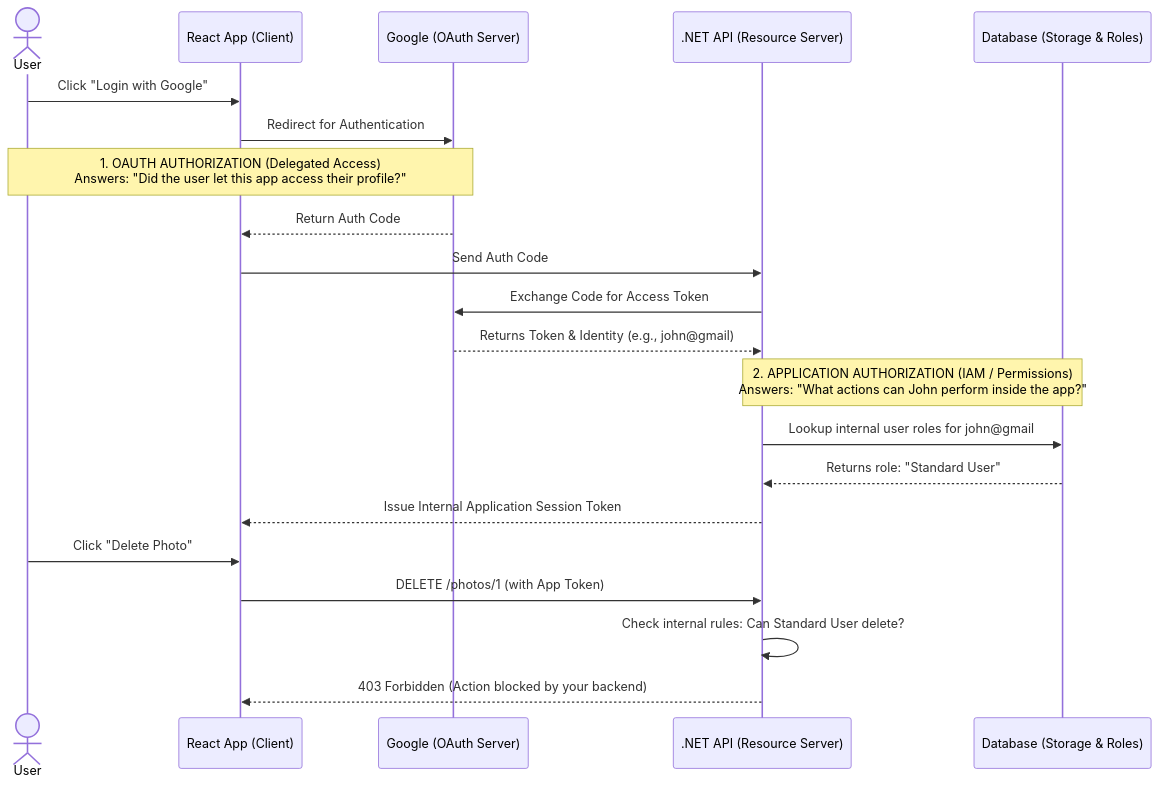
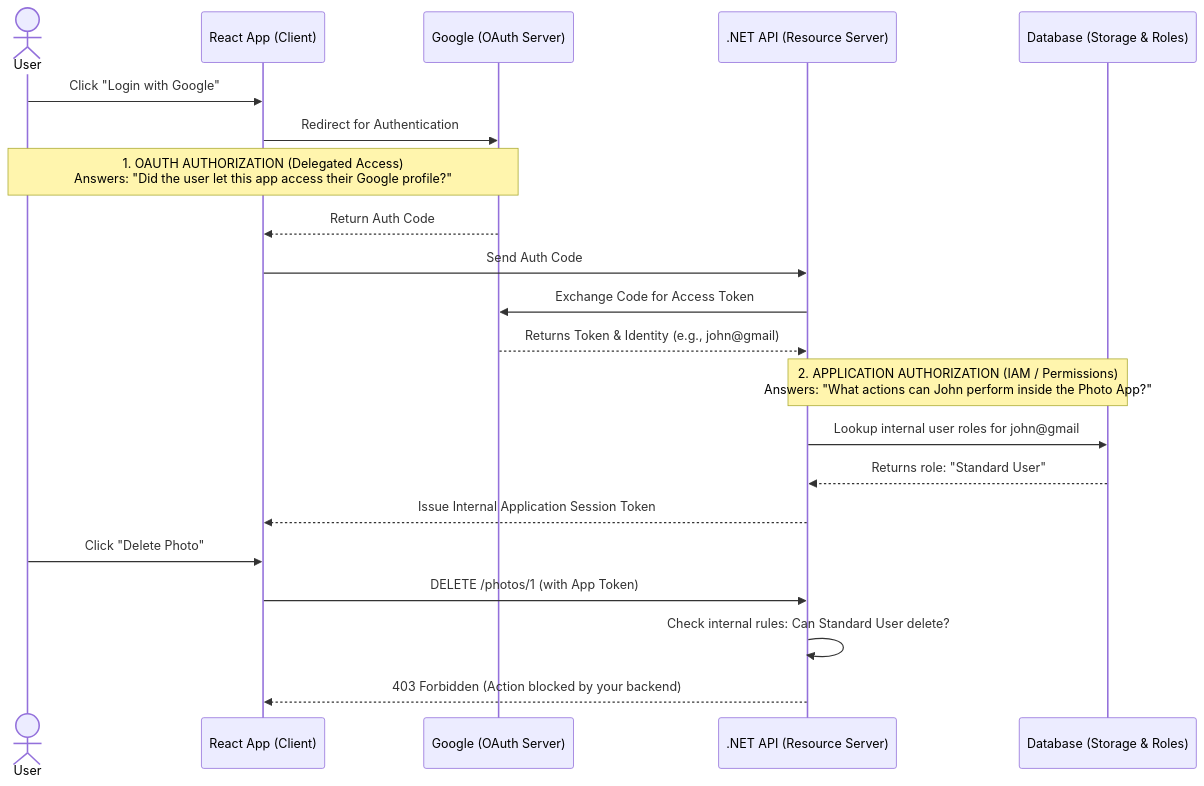
The diagram in 02_AuthN_Federation/05_OAuth_Introduction.md (nirajp82/IdentityAccessManagement_IAM), drawn with Mermaid before and after one commit. The commit also changed other lines of this file, not shown here.

````diff
--- a/02_AuthN_Federation/05_OAuth_Introduction.md
+++ b/02_AuthN_Federation/05_OAuth_Introduction.md
@@ -26,28 +45,28 @@
 ```mermaid
 sequenceDiagram
     actor User
     participant React as React App (Client)
     participant Google as Google (OAuth Server)
     participant API as .NET API (Resource Server)
     participant DB as Database (Storage & Roles)
 
     User->>React: Click "Login with Google"
     React->>Google: Redirect for Authentication
     
-    Note over User,Google: 1. OAUTH AUTHORIZATION (Delegated Access)<br/>Answers: "Did the user let this app access their profile?"
+    Note over User,Google: 1. OAUTH AUTHORIZATION (Delegated Access)<br/>Answers: "Did the user let this app access their Google profile?"
     Google-->>React: Return Auth Code
     React->>API: Send Auth Code
     API->>Google: Exchange Code for Access Token
     Google-->>API: Returns Token & Identity (e.g., john@gmail)
     
-    Note over API,DB: 2. APPLICATION AUTHORIZATION (IAM / Permissions)<br/>Answers: "What actions can John perform inside the app?"
+    Note over API,DB: 2. APPLICATION AUTHORIZATION (IAM / Permissions)<br/>Answers: "What actions can John perform inside the Photo App?"
     API->>DB: Lookup internal user roles for john@gmail
     DB-->>API: Returns role: "Standard User"
     API-->>React: Issue Internal Application Session Token
     
     User->>React: Click "Delete Photo"
     React->>API: DELETE /photos/1 (with App Token)
     API->>API: Check internal rules: Can Standard User delete?
     API-->>React: 403 Forbidden (Action blocked by your backend)
 
 ```
````
